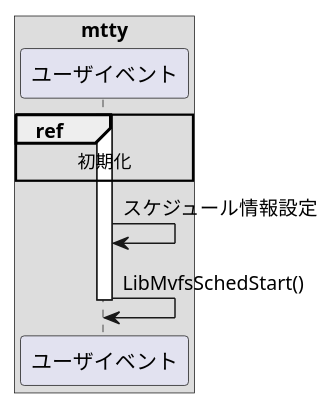
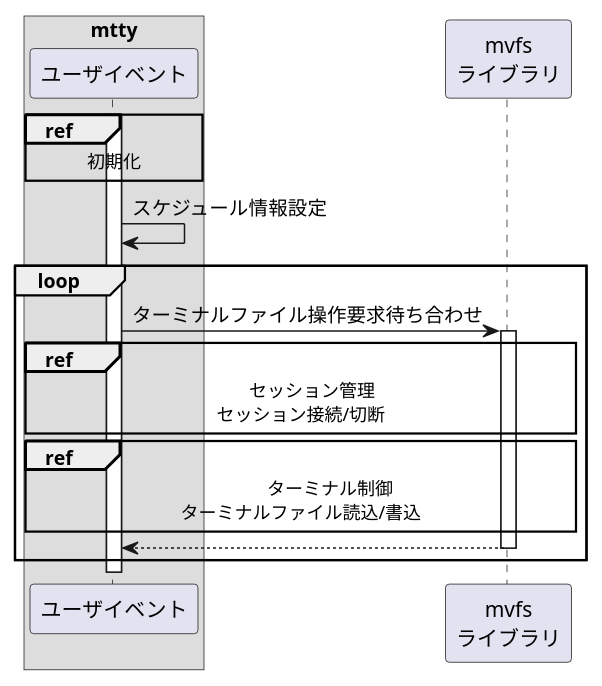
Before and after one commit to MasterMochi/mtty: the diagram in docs/docs/internal/uevt/sched.puml, drawn with PlantUML. The commit also changed 167 other files, not shown here.

```diff
--- a/docs/docs/internal/uevt/sched.puml
+++ b/docs/docs/internal/uevt/sched.puml
@@ -1,17 +1,28 @@
 @startuml
 
 box "mtty"
-    participant uevt as "ユーザイベント"
+    participant "ユーザイベント" as uevt
 end box
+participant "mvfs\nライブラリ" as libmvfs
 
 activate uevt
-
 ref over uevt: 初期化
 
 uevt -> uevt: スケジュール情報設定
 
-uevt -> uevt: LibMvfsSchedStart()
-deactivate uevt
-
+loop
+    uevt -> libmvfs: ターミナルファイル操作要求待ち合わせ
+    activate libmvfs
+    ref over uevt,libmvfs
+        　 セッション管理
+        セッション接続/切断
+    end ref
+    ref over uevt, libmvfs
+        　　　 ターミナル制御
+        ターミナルファイル読込/書込
+    end ref
+    uevt <-- libmvfs:
+    deactivate libmvfs
+end loop
 
 @enduml
```
